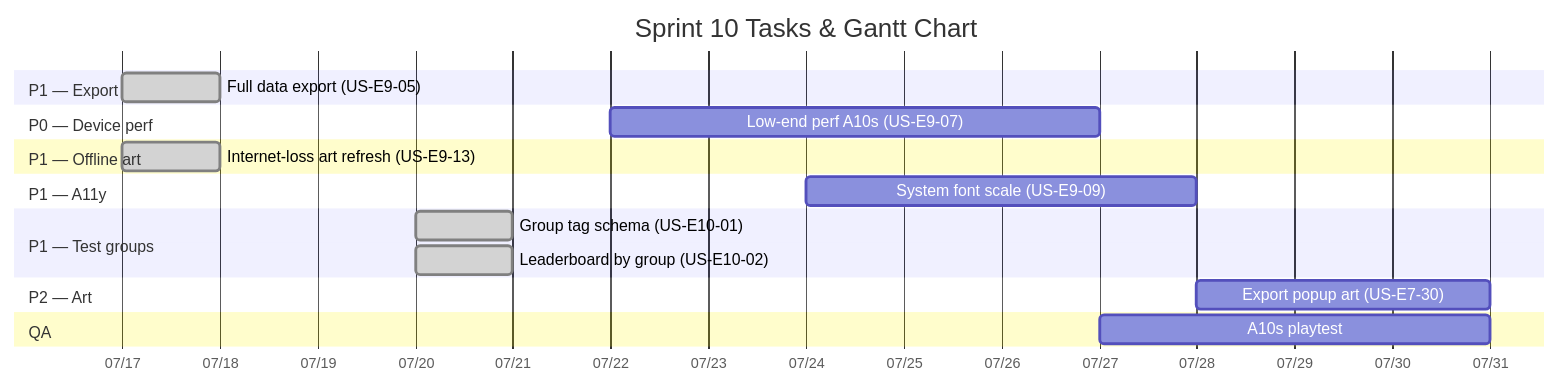
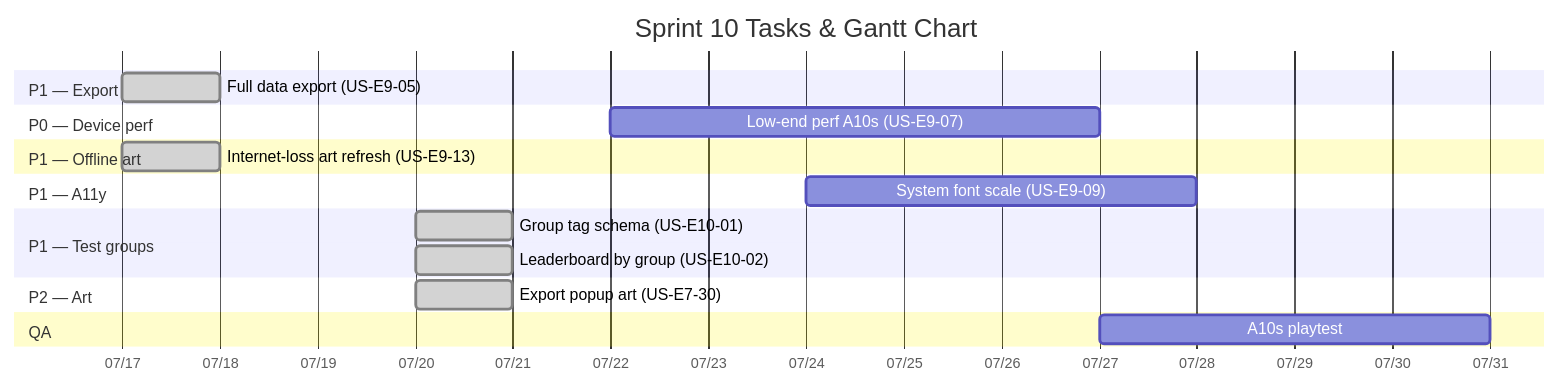
One commit to ChayutChanmueang/mci-cognitive-game-hub-dev-deploy changed the diagram in docs/agile/sprint-backlogs/sprint-10.md. Above: the diagram before and after it, drawn with Mermaid. The commit also changed other lines of this file and 12 other files, not shown here.

````diff
--- a/docs/agile/sprint-backlogs/sprint-10.md
+++ b/docs/agile/sprint-backlogs/sprint-10.md
@@ -12,21 +12,21 @@
 ```mermaid
 gantt
     title Sprint 10 Tasks & Gantt Chart
     dateFormat  YYYY-MM-DD
     axisFormat  %m/%d
     section P1 — Export
     Full data export (US-E9-05)      :done, t5, 2026-07-17, 1d
     section P0 — Device perf
     Low-end perf A10s (US-E9-07)     :t7, 2026-07-22, 5d
     section P1 — Offline art
     Internet-loss art refresh (US-E9-13) :done, t13, 2026-07-17, 1d
     section P1 — A11y
     System font scale (US-E9-09)     :t9, 2026-07-24, 4d
     section P1 — Test groups
     Group tag schema (US-E10-01)     :done, t101, 2026-07-20, 1d
     Leaderboard by group (US-E10-02) :done, t102, 2026-07-20, 1d
     section P2 — Art
-    Export popup art (US-E7-30)      :t730, 2026-07-28, 3d
+    Export popup art (US-E7-30)      :done, t730, 2026-07-20, 1d
     section QA
     A10s playtest                    :q1, 2026-07-27, 4d
 ```
````
